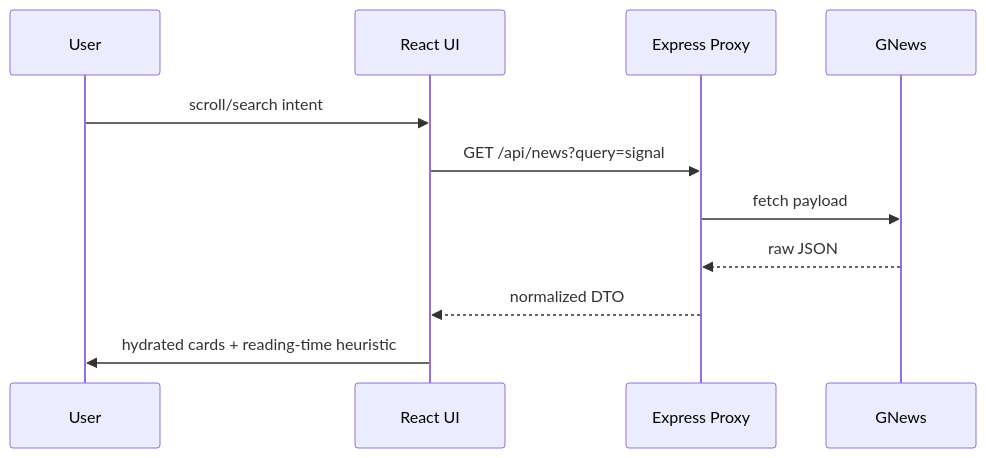
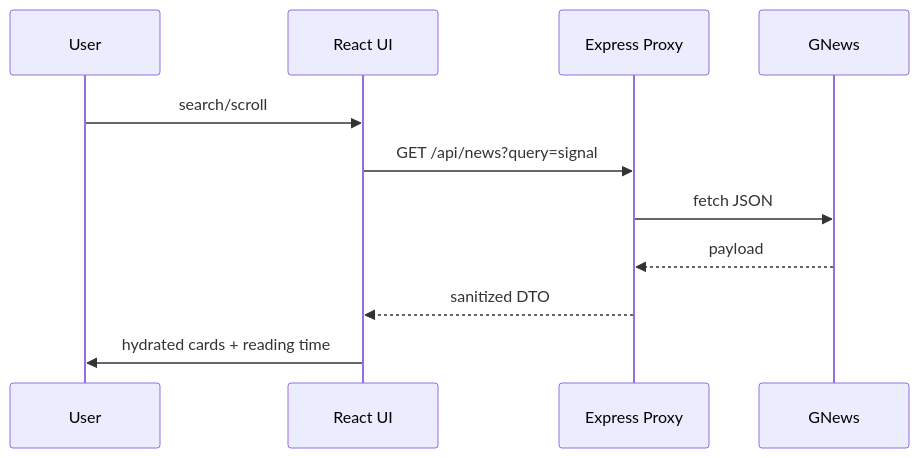
The second of 2 diagrams in README.md (SonamNarula/ChaiCode-Dev-Cohort), drawn with Mermaid before and after one commit. The commit also changed other lines of this file, not shown here.

````diff
--- a/README.md
+++ b/README.md
@@ -68,13 +66,13 @@
 ```mermaid
 sequenceDiagram
-    participant U as User
-    participant F as React UI
-    participant B as Express Proxy
-    participant E as GNews
-    U->>F: scroll/search intent
-    F->>B: GET /api/news?query=signal
-    B->>E: fetch payload
-    E-->>B: raw JSON
-    B-->>F: normalized DTO
-    F->>U: hydrated cards + reading-time heuristic
+  participant U as User
+  participant F as React UI
+  participant B as Express Proxy
+  participant E as GNews
+  U->>F: search/scroll
+  F->>B: GET /api/news?query=signal
+  B->>E: fetch JSON
+  E-->>B: payload
+  B-->>F: sanitized DTO
+  F->>U: hydrated cards + reading time
 ```
````
